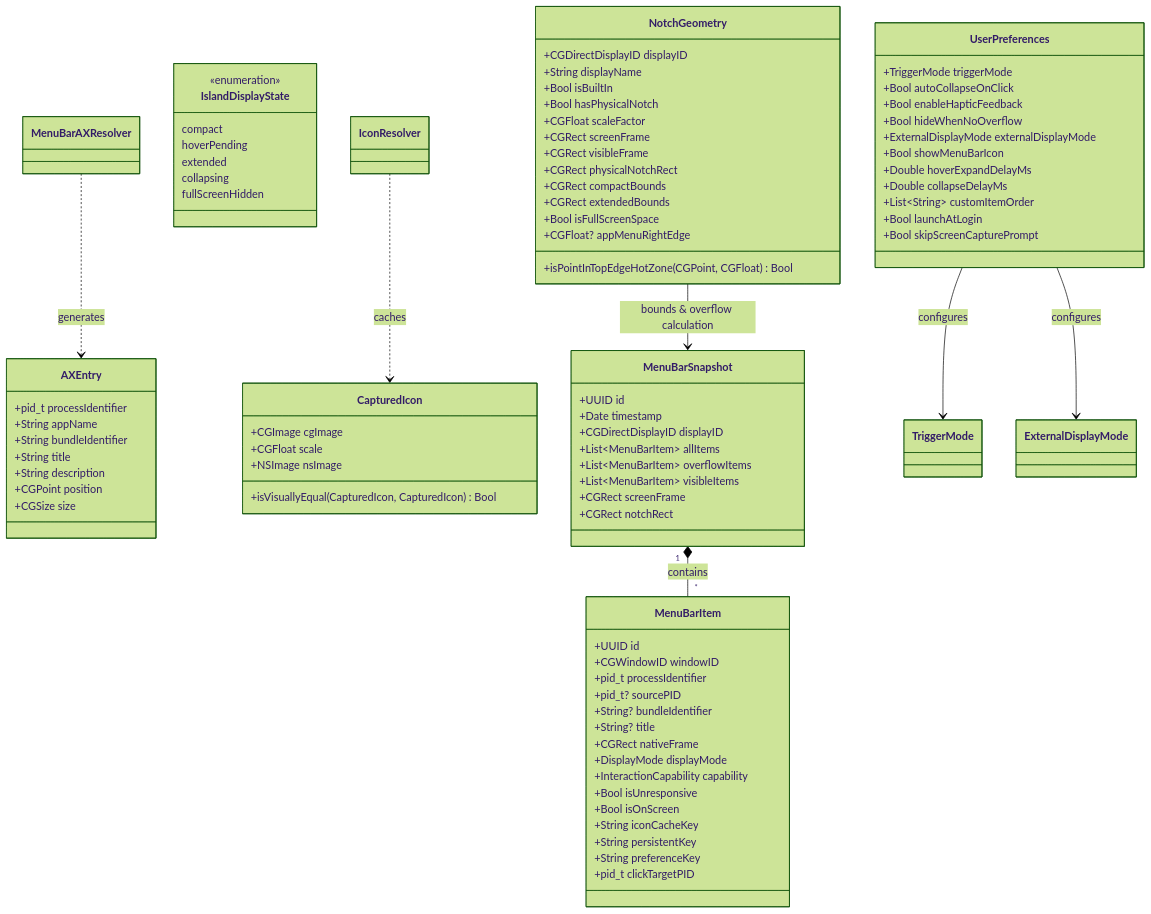
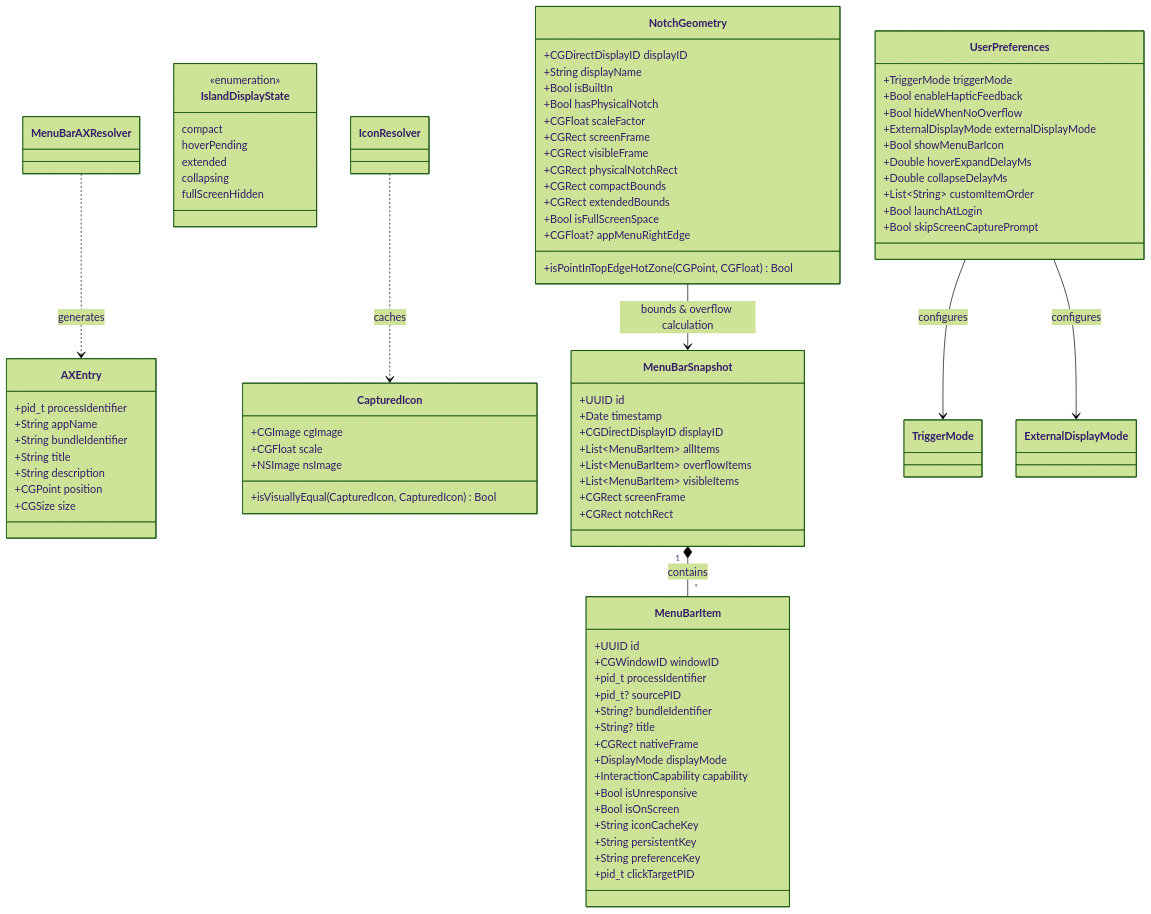
The first of 2 diagrams in docs/DOMAIN_MODEL.md (AeroSheepZ/NotchRail), drawn with Mermaid (forest theme) before and after one commit. The commit also changed other lines of this file and 21 other files, not shown here.

```diff
--- a/docs/DOMAIN_MODEL.md
+++ b/docs/DOMAIN_MODEL.md
@@ -85,7 +85,6 @@
 
     class UserPreferences {
         +TriggerMode triggerMode
-        +Bool autoCollapseOnClick
         +Bool enableHapticFeedback
         +Bool hideWhenNoOverflow
         +ExternalDisplayMode externalDisplayMode
```
